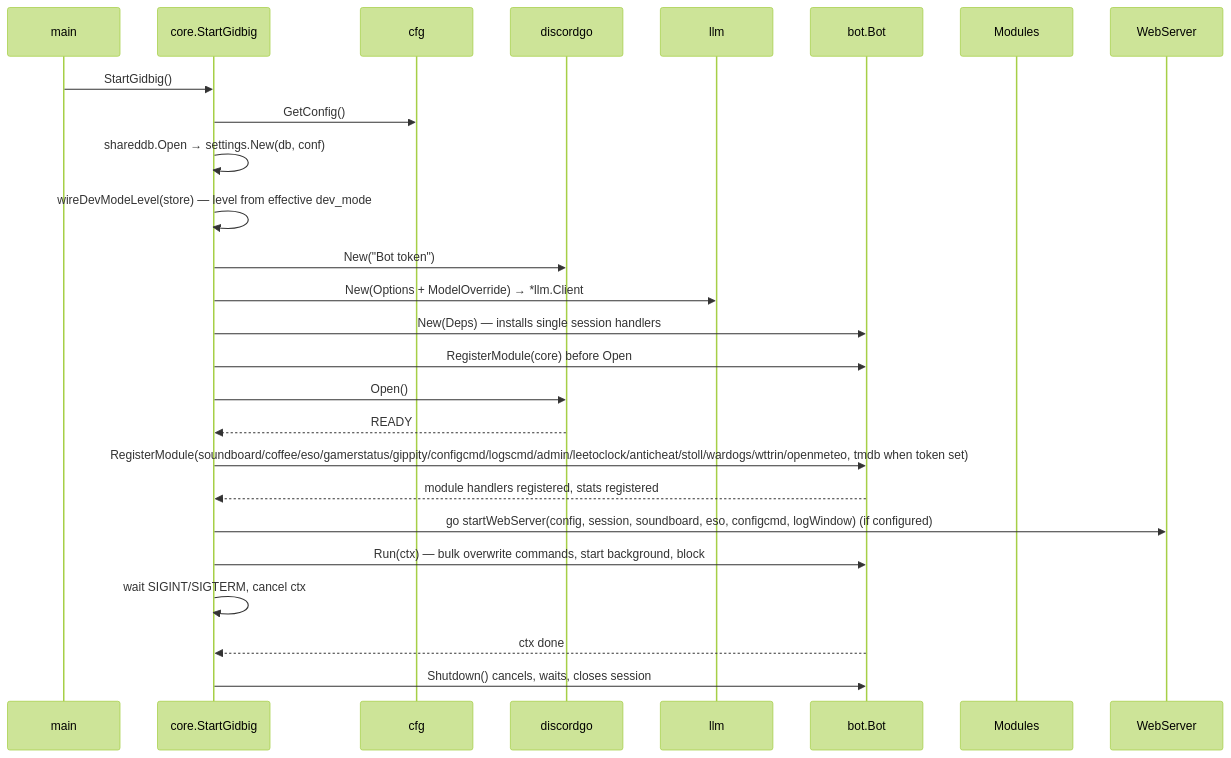
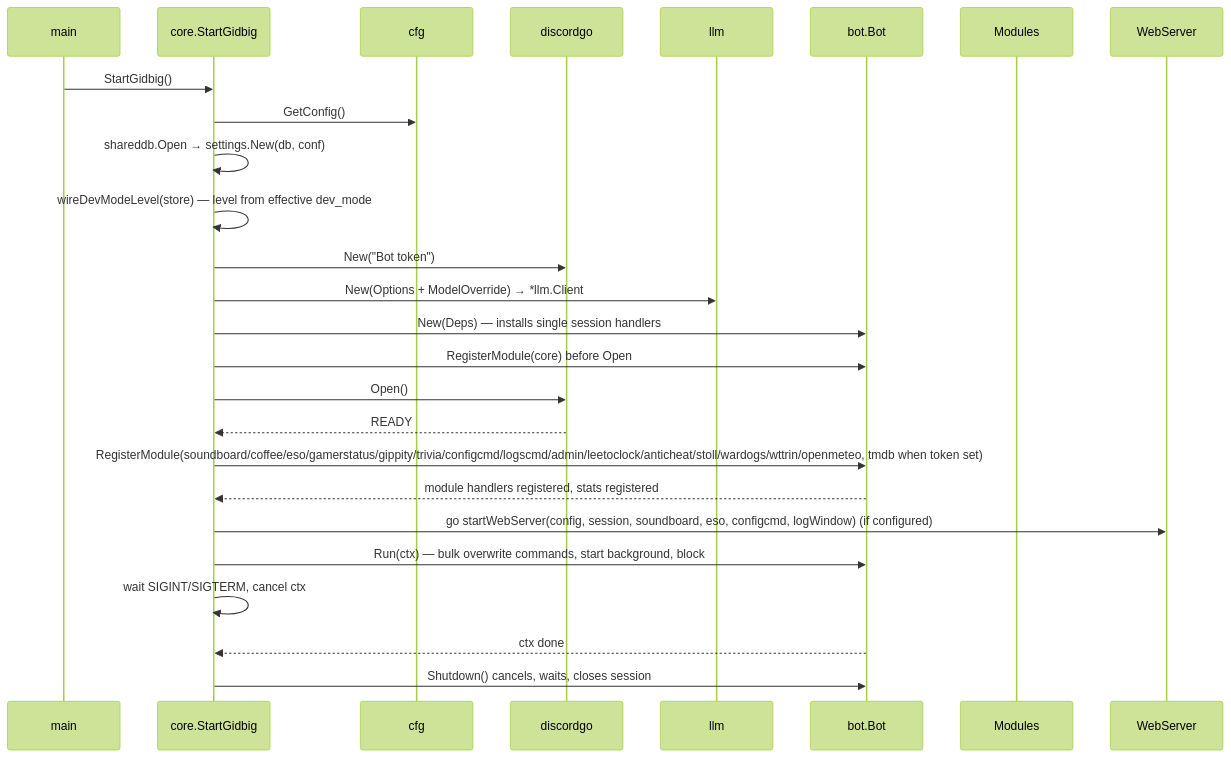
One commit to toksikk/gidbig changed the first of 3 diagrams in docs/modules/core.md. Above: the diagram before and after it, drawn with Mermaid (forest theme). The commit also changed other lines of this file and 3 other files, not shown here.

Commit message:
docs: document trivia module

````diff
--- a/docs/modules/core.md
+++ b/docs/modules/core.md
@@ -54,29 +54,29 @@
 ```mermaid
 sequenceDiagram
     participant main
     participant core as core.StartGidbig
     participant cfg
     participant dg as discordgo
     participant llm
     participant bot as bot.Bot
     participant mod as Modules
     participant web as WebServer
 
     main->>core: StartGidbig()
     core->>cfg: GetConfig()
     core->>core: shareddb.Open → settings.New(db, conf)
     core->>core: wireDevModeLevel(store) — level from effective dev_mode
     core->>dg: New("Bot token")
     core->>llm: New(Options + ModelOverride) → *llm.Client
     core->>bot: New(Deps) — installs single session handlers
     core->>bot: RegisterModule(core) before Open
     core->>dg: Open()
     dg-->>core: READY
-    core->>bot: RegisterModule(soundboard/coffee/eso/gamerstatus/gippity/configcmd/logscmd/admin/leetoclock/anticheat/stoll/wardogs/wttrin/openmeteo, tmdb when token set)
+    core->>bot: RegisterModule(soundboard/coffee/eso/gamerstatus/gippity/trivia/configcmd/logscmd/admin/leetoclock/anticheat/stoll/wardogs/wttrin/openmeteo, tmdb when token set)
     bot-->>core: module handlers registered, stats registered
     core->>web: go startWebServer(config, session, soundboard, eso, configcmd, logWindow) (if configured)
     core->>bot: Run(ctx) — bulk overwrite commands, start background, block
     core->>core: wait SIGINT/SIGTERM, cancel ctx
     bot-->>core: ctx done
     core->>bot: Shutdown() cancels, waits, closes session
 ```
````
